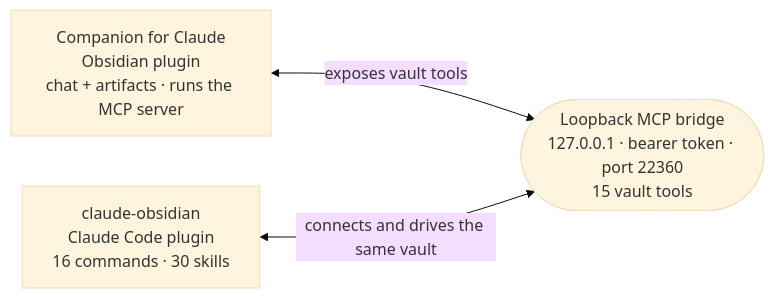
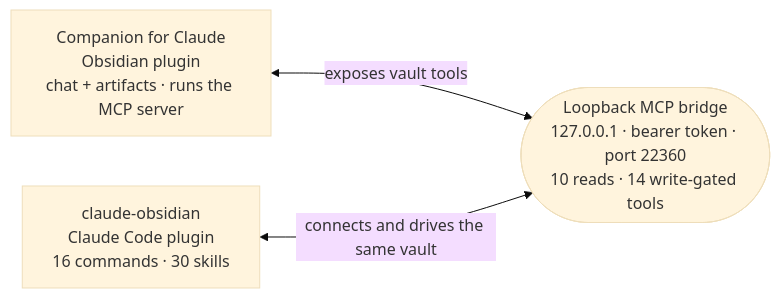
The diagram in README.md (cavi-ai/claude-obsidian), drawn with Mermaid (base theme) before and after one commit. The commit also changed other lines of this file and 3 other files, not shown here.

````diff
--- a/README.md
+++ b/README.md
@@ -137,9 +137,9 @@
 ```mermaid
 flowchart LR
     companion["Companion for Claude<br/>Obsidian plugin<br/>chat + artifacts · runs the MCP server"]
-    bridge(["Loopback MCP bridge<br/>127.0.0.1 · bearer token · port 22360<br/>15 vault tools"])
+    bridge(["Loopback MCP bridge<br/>127.0.0.1 · bearer token · port 22360<br/>10 reads · 14 write-gated tools"])
     code["claude-obsidian<br/>Claude Code plugin<br/>16 commands · 30 skills"]
 
     companion <-->|"exposes vault tools"| bridge
     code <-->|"connects and drives the same vault"| bridge
 ```
````
